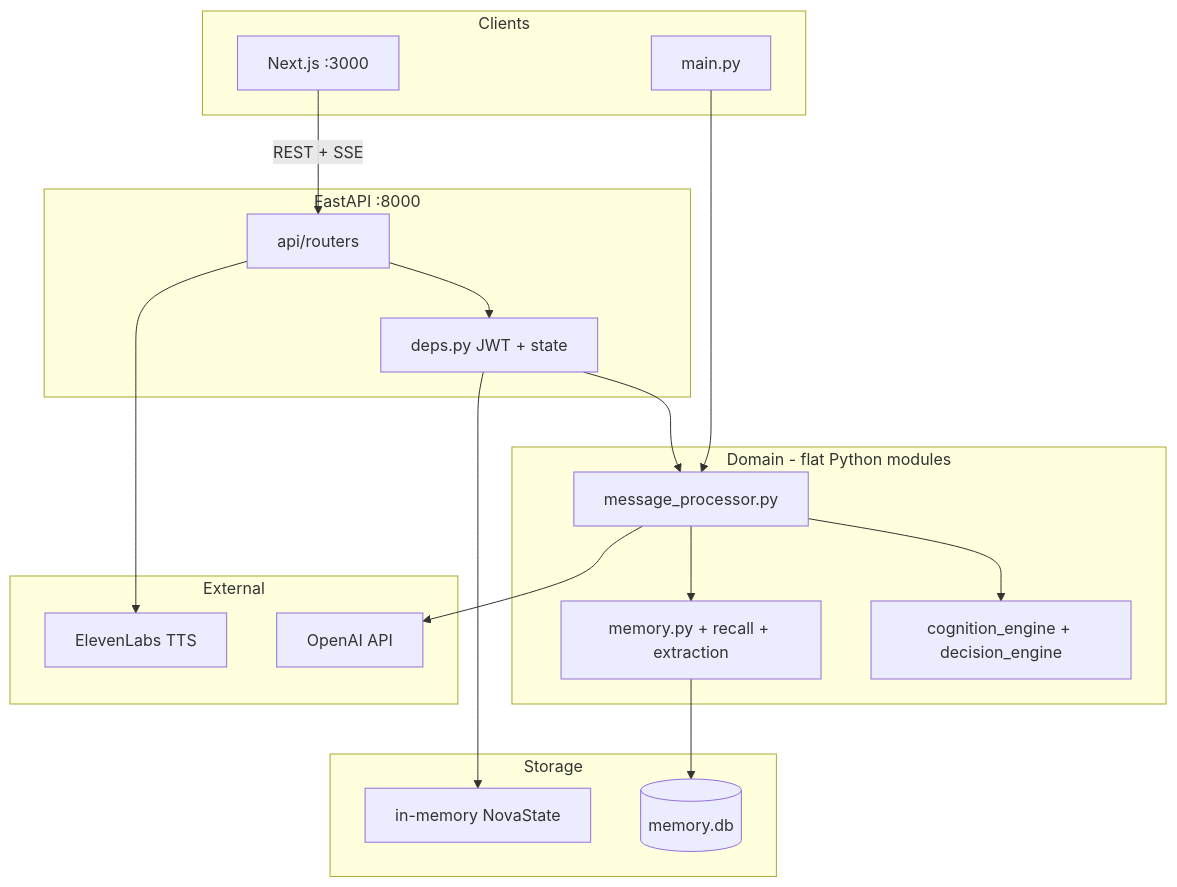
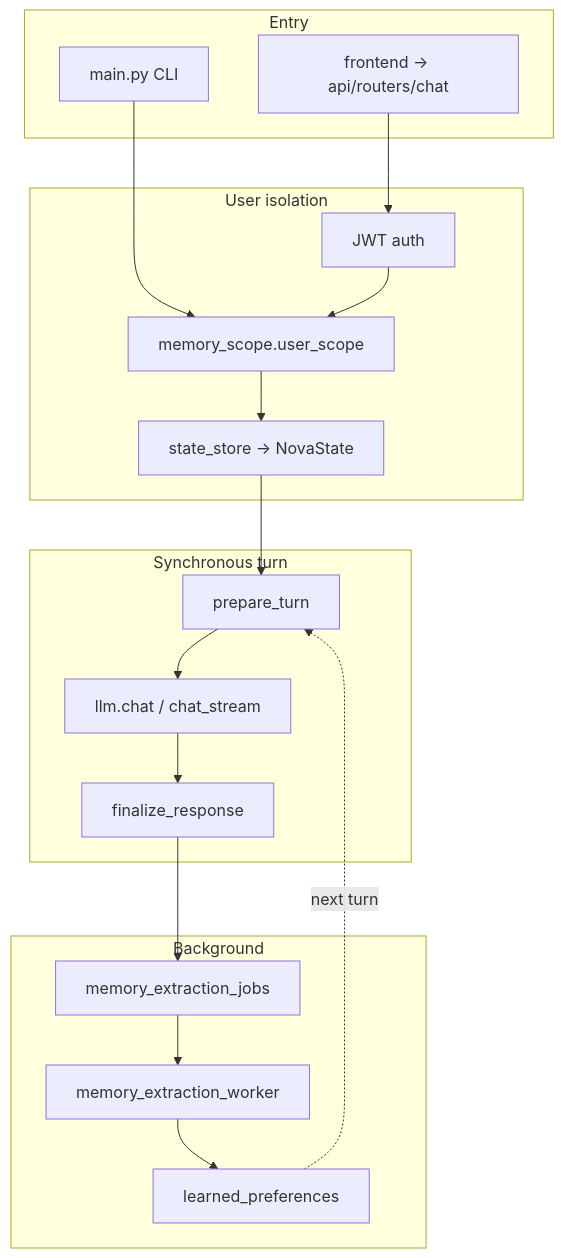
Before and after one commit to dagim-dev/companion: the diagram in docs/ARCHITECTURE.md, drawn with Mermaid. The commit also changed other lines of this file and 36 other files, not shown here.

First line of the commit message:
Complete V4 release: memory contract, turn guard, and deployment polish.

````diff
--- a/docs/ARCHITECTURE.md
+++ b/docs/ARCHITECTURE.md
@@ -7,33 +13,30 @@
 ```mermaid
-flowchart TB
-    subgraph clients [Clients]
-        Web[Next.js :3000]
-        CLI[main.py]
+flowchart TD
+    subgraph entry [Entry]
+        CLI[main.py CLI]
+        Web[frontend → api/routers/chat]
     end
-    subgraph api [FastAPI :8000]
-        Routers[api/routers]
-        Deps[deps.py JWT + state]
+
+    subgraph scope [User isolation]
+        JWT[JWT auth]
+        MS[memory_scope.user_scope]
+        SS[state_store → NovaState]
     end
-    subgraph domain [Domain - flat Python modules]
-        MP[message_processor.py]
-        Cognition[cognition_engine + decision_engine]
-        Memory[memory.py + recall + extraction]
+
+    subgraph sync [Synchronous turn]
+        PT[prepare_turn]
+        LLM[llm.chat / chat_stream]
+        FR[finalize_response]
     end
-    subgraph persist [Storage]
-        SQLite[(memory.db)]
-        StateStore[in-memory NovaState]
+
+    subgraph async [Background]
+        JOB[memory_extraction_jobs]
+        W[memory_extraction_worker]
+        LP[learned_preferences]
     end
-    subgraph external [External]
-        OpenAI[OpenAI API]
-        EL[ElevenLabs TTS]
-    end
-    Web -->|REST + SSE| Routers
-    CLI --> MP
-    Routers --> Deps --> MP
-    MP --> Cognition
-    MP --> Memory
-    Memory --> SQLite
-    Deps --> StateStore
-    MP --> OpenAI
-    Routers --> EL
+
+    CLI --> MS
+    Web --> JWT --> MS --> SS --> PT --> LLM --> FR
+    FR --> JOB --> W --> LP
+    LP -.->|next turn| PT
 ```
````
